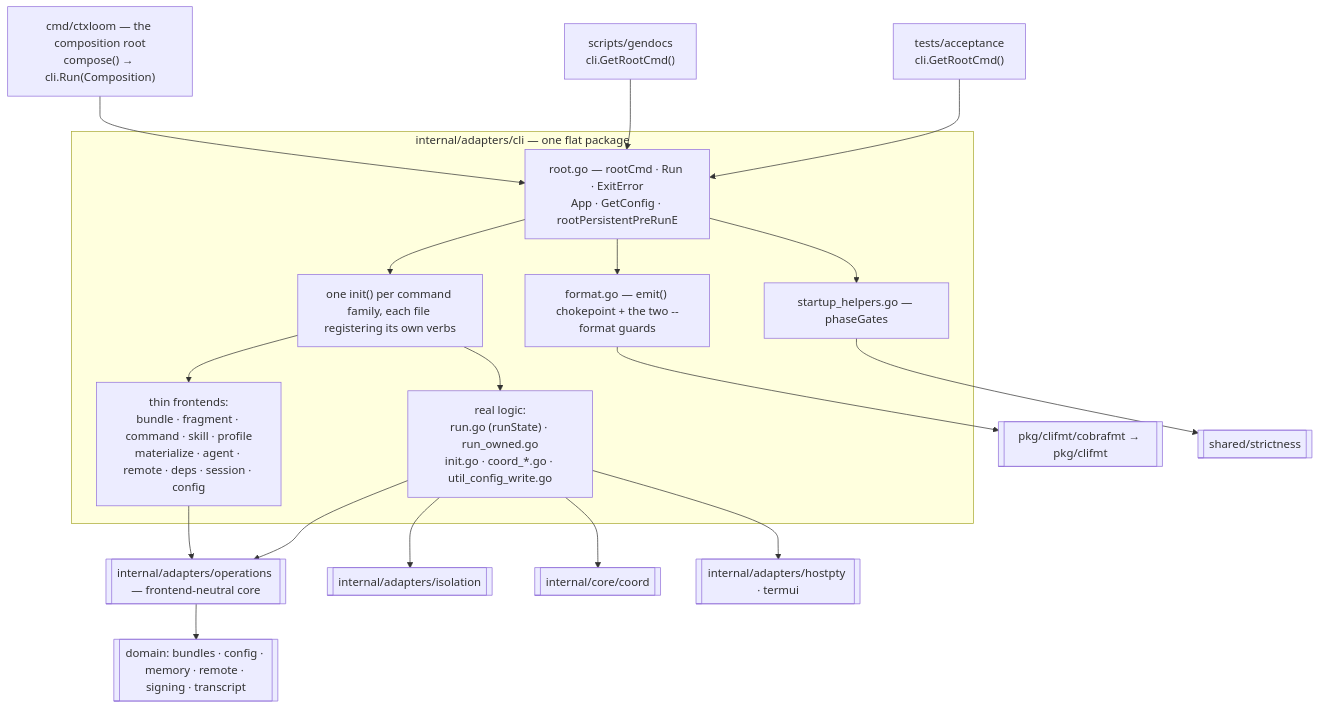
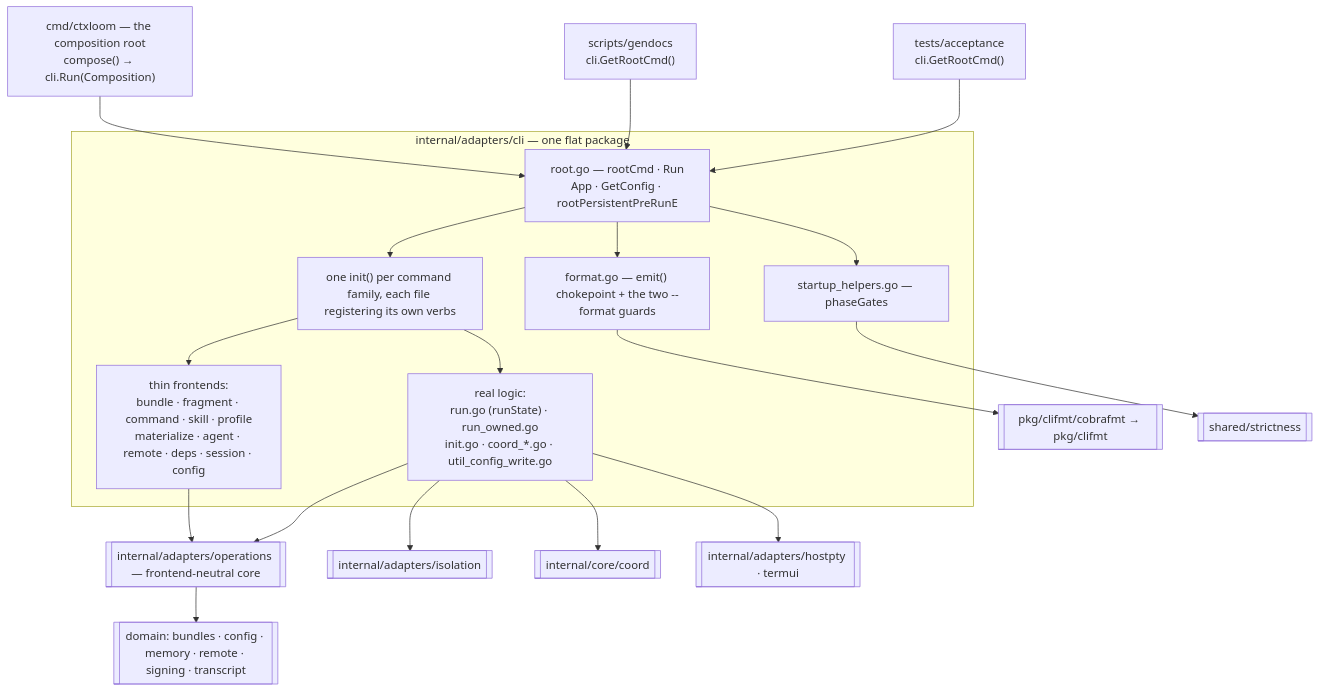
The diagram in docs/architecture/cli/README.md (ctxloom/ctxloom), drawn with Mermaid before and after one commit. The commit also changed other lines of this file and 32 other files, not shown here.

````diff
--- a/docs/architecture/cli/README.md
+++ b/docs/architecture/cli/README.md
@@ -17,28 +17,28 @@
 ```mermaid
 flowchart TD
     MAIN["cmd/ctxloom — the composition root<br/>compose() → cli.Run(Composition)"]
     GD["scripts/gendocs<br/>cli.GetRootCmd()"]
     ACC["tests/acceptance<br/>cli.GetRootCmd()"]
 
     MAIN --> ROOT
     GD --> ROOT
     ACC --> ROOT
 
     subgraph cli["internal/adapters/cli — one flat package"]
-        ROOT["root.go — rootCmd · Run · ExitError<br/>App · GetConfig · rootPersistentPreRunE"]
+        ROOT["root.go — rootCmd · Run<br/>App · GetConfig · rootPersistentPreRunE"]
         ROOT --> FMT["format.go — emit() chokepoint + the two --format guards"]
         ROOT --> SH["startup_helpers.go — phaseGates"]
         ROOT --> CMDS["one init() per command family, each file registering its own verbs"]
         CMDS --> THIN["thin frontends:<br/>bundle · fragment · command · skill · profile<br/>materialize · agent · remote · deps · session · config"]
         CMDS --> THICK["real logic:<br/>run.go (runState) · run_owned.go<br/>init.go · coord_*.go · util_config_write.go"]
     end
 
     THIN --> OPS[["internal/adapters/operations — frontend-neutral core"]]
     THICK --> OPS
     THICK --> ISO[["internal/adapters/isolation"]]
     THICK --> COORD[["internal/core/coord"]]
     THICK --> TTY[["internal/adapters/hostpty · termui"]]
     OPS --> DOM[["domain: bundles · config · memory · remote · signing · transcript"]]
     FMT --> CE[["pkg/clifmt/cobrafmt → pkg/clifmt"]]
     SH --> STR[["shared/strictness"]]
 ```
````
